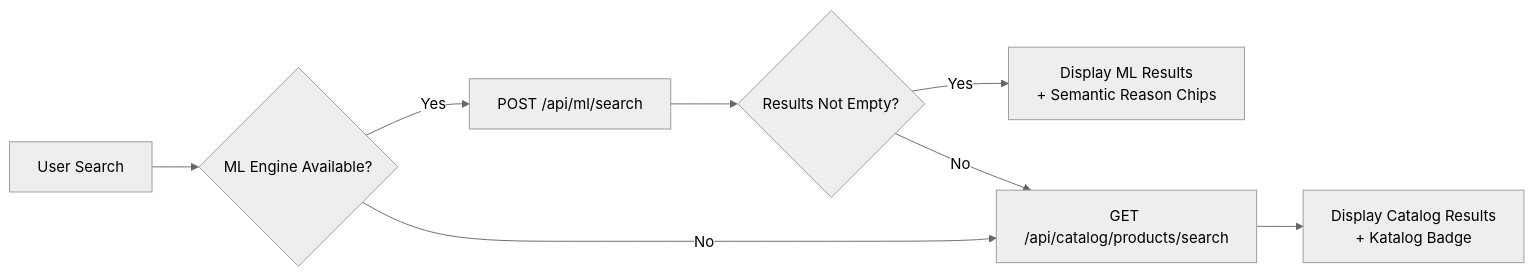
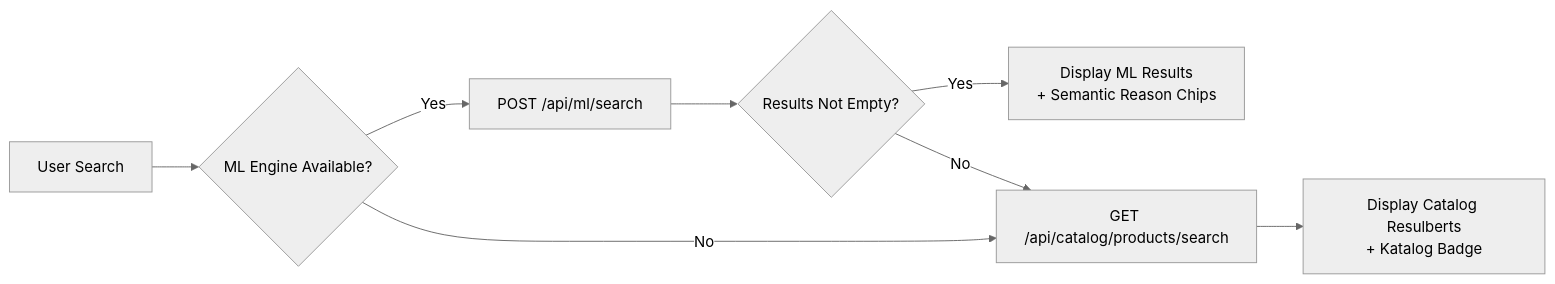
The diagram in apps/app/report.md (misbahul45/Greenly), drawn with Mermaid (neutral theme) before and after one commit. The commit also changed 13 other files, not shown here.

````diff
--- a/apps/app/report.md
+++ b/apps/app/report.md
@@ -595,10 +595,10 @@
 ```mermaid
 flowchart LR
     A[User Search] --> B{ML Engine Available?}
     B -->|Yes| C[POST /api/ml/search]
     C --> D{Results Not Empty?}
     D -->|Yes| E[Display ML Results\n+ Semantic Reason Chips]
     D -->|No| F[GET /api/catalog/products/search]
     B -->|No| F
-    F --> G[Display Catalog Results\n+ Katalog Badge]
+    F --> G[Display Catalog Resulberts\n+ Katalog Badge]
 ```
````
